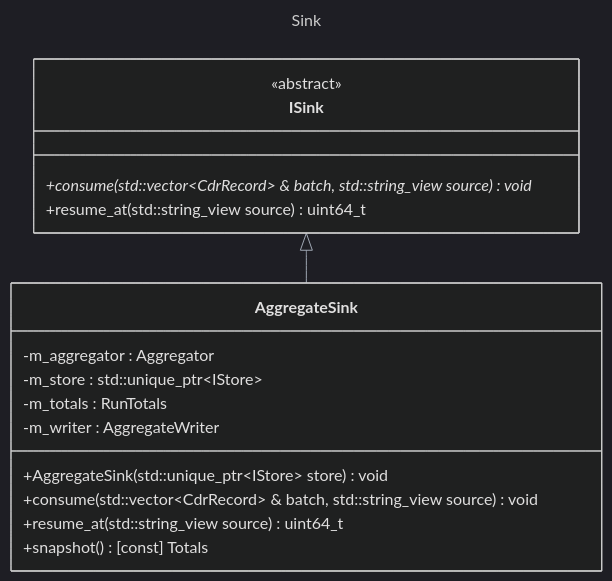
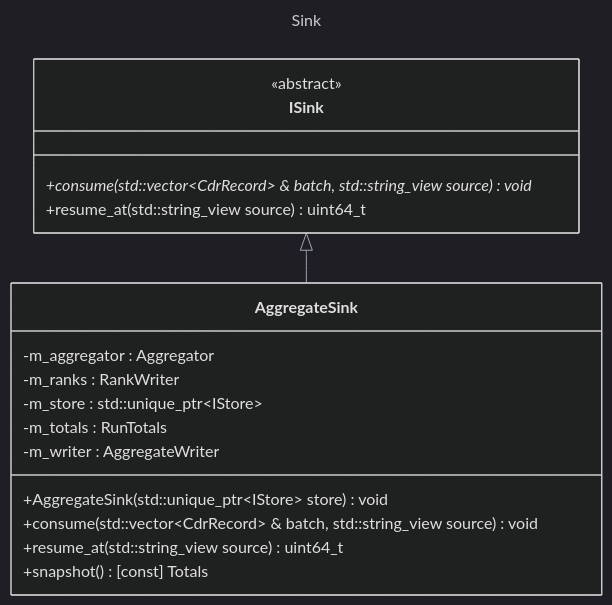
Before and after one commit to shalom2552/cdr-processor: the sixth of 8 diagrams in docs/Class_Diagrams.md, drawn with Mermaid. The commit also changed other lines of this file and 58 other files, not shown here.

````diff
--- a/docs/Class_Diagrams.md
+++ b/docs/Class_Diagrams.md
@@ -541,26 +671,27 @@
 ```mermaid
 ---
 title: Sink
 ---
 %%{init: {"theme": "dark", "themeVariables": {"lineColor": "#a0a8b4"}}}%%
 classDiagram
     class C_0011437531385295172426["ISink"]
     class C_0011437531385295172426 {
         <<abstract>>
         +consume(std::vector&lt;CdrRecord&gt; & batch, std::string_view source) void*
         +resume_at(std::string_view source) uint64_t
     }
     class C_0014416660323480142591["AggregateSink"]
     class C_0014416660323480142591 {
         +AggregateSink(std::unique_ptr&lt;IStore&gt; store) void
         +consume(std::vector&lt;CdrRecord&gt; & batch, std::string_view source) void
         +resume_at(std::string_view source) uint64_t
         +snapshot() [const] Totals
         -m_aggregator : Aggregator
+        -m_ranks : RankWriter
         -m_store : std::unique_ptr&lt;IStore&gt;
         -m_totals : RunTotals
         -m_writer : AggregateWriter
     }
     C_0011437531385295172426 <|-- C_0014416660323480142591 : 
 
 ```
````
